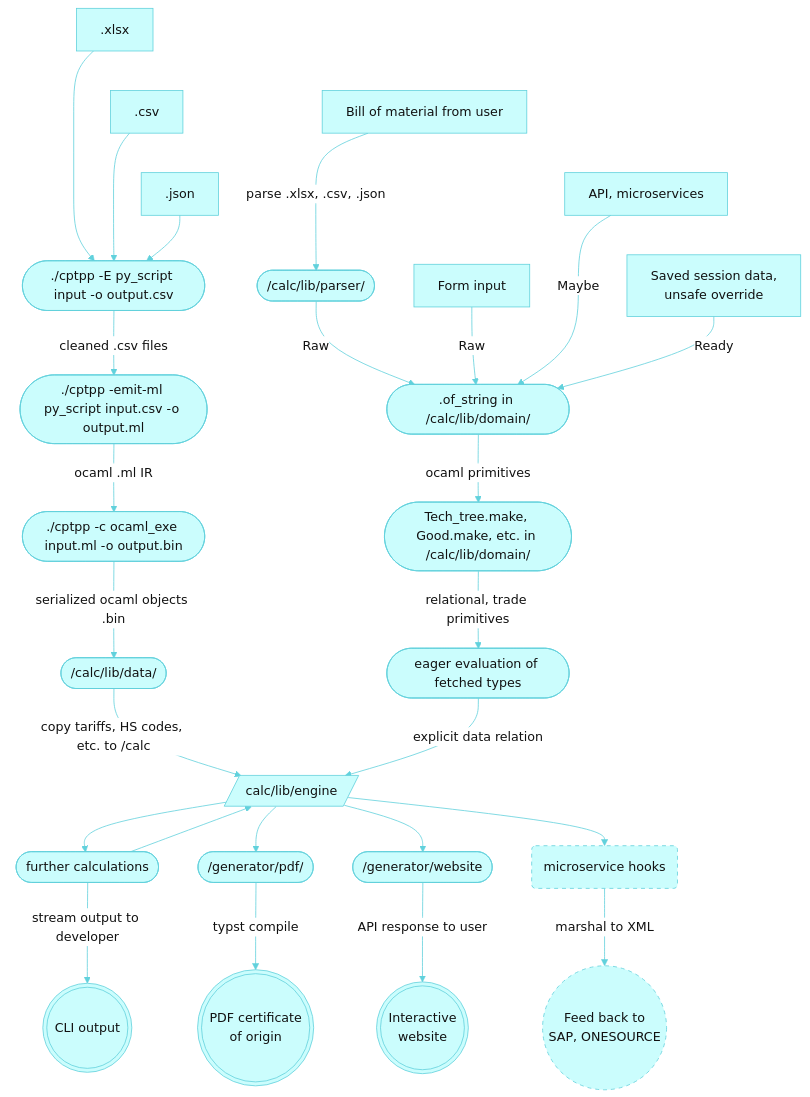
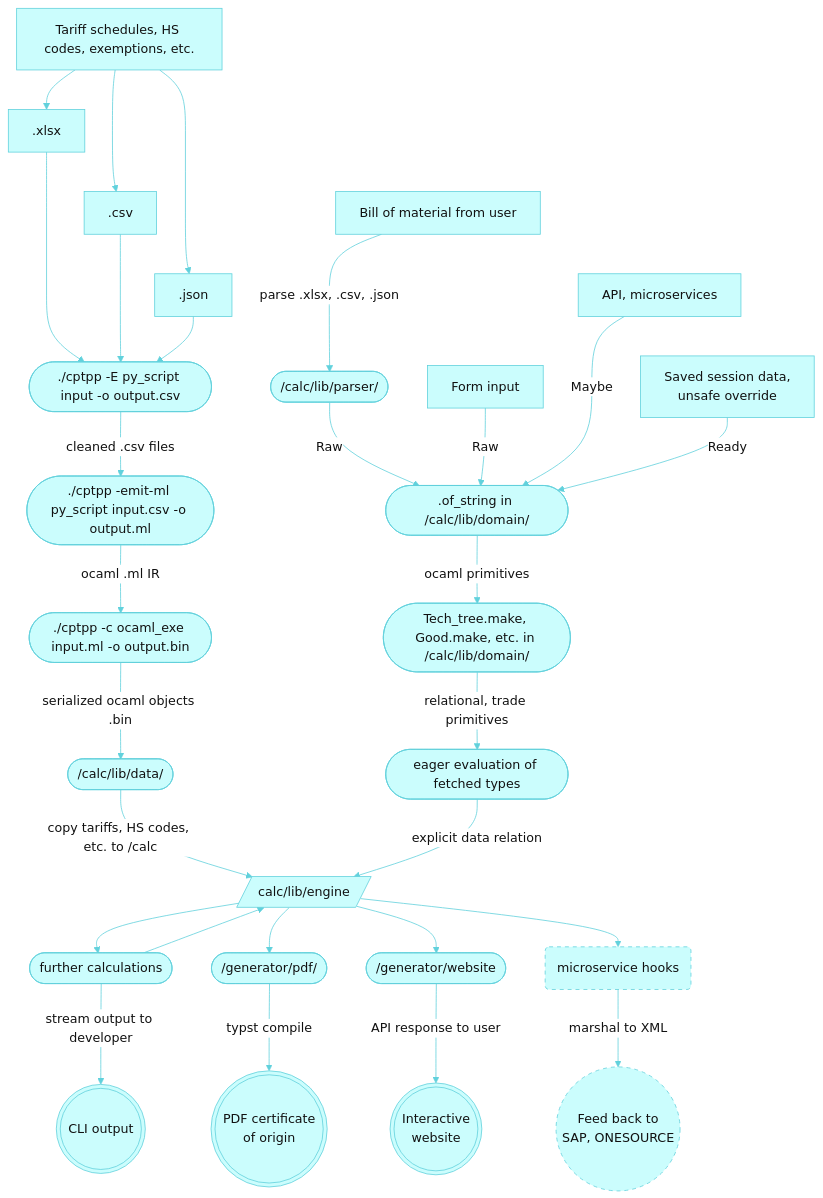
Before and after one commit to nguyenhoangan-monkey/cptpp-calculator: the diagram in README.md, drawn with Mermaid.

````diff
--- a/README.md
+++ b/README.md
@@ -27,59 +27,63 @@
 ```mermaid
 %%{init: {
   'theme': 'base', 
   'themeVariables': {
     'background': '#CBFDFD',
     'primaryColor': '#CBFDFD',
     'primaryTextColor': '#111111',
     'lineColor': '#61D1DC',
     'edgeLabelBackground': '#ffffff',
     'subgraphBackground': '#CBFDFD',
     'subgraphBorderColor': '#61D1DC',
     'clusterBkg': '#CBFDFD',
     'clusterBorder': '#61D1DC',
     'nodeBorder': '#61D1DC'
   } 
 }}%%
 graph TD
+    Source[Tariff schedules, HS codes, exemptions, etc.] --> XLSX_Ingress
+    Source --> CSV_Ingress
+    Source --> JSON_Ingress
+
     XLSX_Ingress ~~~ CSV_Ingress ~~~ JSON_Ingress
     XLSX_Ingress[.xlsx]
     CSV_Ingress[.csv]
     JSON_Ingress[.json]
 
     XLSX_Ingress --> Step_1([./cptpp -E py_script input -o output.csv])
     CSV_Ingress  --> Step_1
     JSON_Ingress --> Step_1
     
     Step_1 -->|cleaned .csv files| Step_2([./cptpp -emit-ml py_script input.csv -o output.ml])
     Step_2 -->|ocaml .ml IR| Step_3([./cptpp -c ocaml_exe input.ml -o output.bin])
     Step_3 -->|serialized ocaml objects .bin| Step_4([/calc/lib/data/])
 
     User ~~~ Payload ~~~ Override
     User[Bill of material from user] -->|parse .xlsx, .csv, .json| Processing([/calc/lib/parser/])
     Processing -->|Raw| Inter_Step1([.of_string in /calc/lib/domain/])
     Forminput[Form input] -->|Raw| Inter_Step1
     Payload[API, microservices] -->|Maybe| Inter_Step1
     Override[Saved session data,<br>unsafe override] -->|Ready| Inter_Step1
 
     Inter_Step1 -->|ocaml primitives| Inter_Step2([Tech_tree.make, Good.make, etc. in /calc/lib/domain/])
     Inter_Step2 -->|relational, trade primitives| Domain([eager evaluation of fetched types])
 
     Step_4 -->|copy tariffs, HS codes, etc. to /calc| Step_5[/calc/lib/engine/]
     Domain -->|explicit data relation| Step_5
     
     Step_5 --> Step_6A([further calculations])
     Step_6A --> Step_5
     Step_6A -->|stream output to developer| CLI_Product(((CLI output)))
 
     Step_5 --> Step_6B([/generator/pdf/])
     Step_6B -->|typst compile| PDF_Product(((PDF certificate<br>of origin)))
 
     Step_5 --> Step_6C([/generator/website])
     Step_6C -->|API response to user| Web_Product(((Interactive<br>website)))
 
     Step_5 --> Step_6D(microservice hooks)
     style Step_6D stroke-dasharray: 5 5
     Step_6D -->|marshal to XML| Pipeline((Feed back to<br>SAP, ONESOURCE))
     style Pipeline stroke-dasharray: 5 5
 
 ```
````
